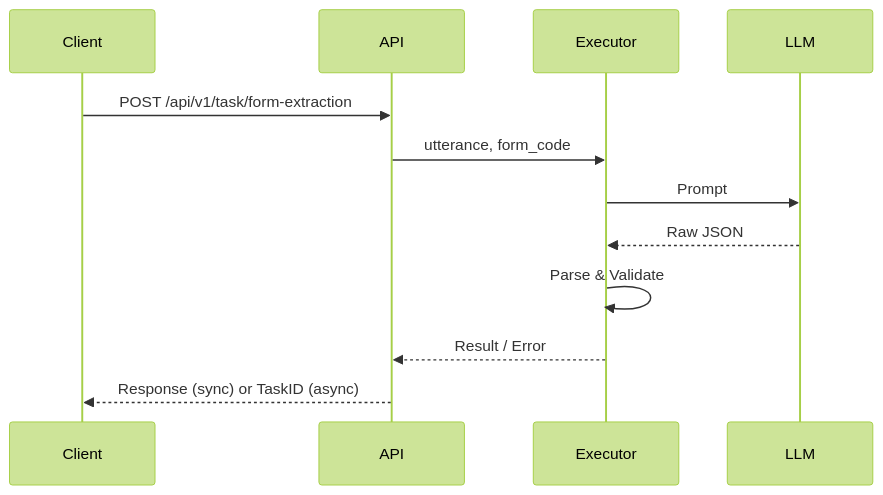
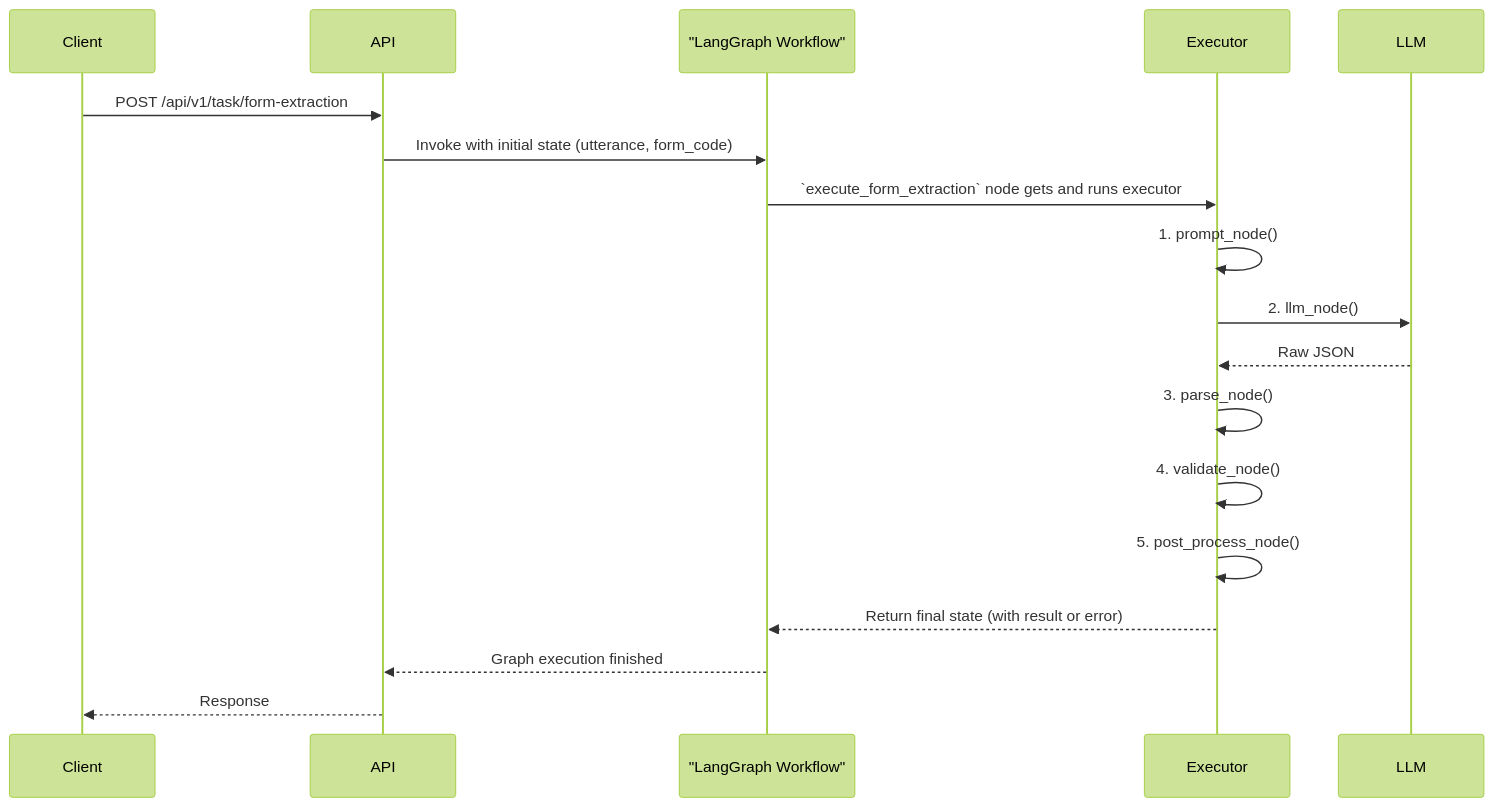
Before and after one commit to Shoko-museme/ykn-agent-chatbot: the diagram in docs/core/form_extraction_overview.md, drawn with Mermaid (forest theme). The commit also changed other lines of this file and 15 other files, not shown here.

Commit message:
feat: new workflow for form extraction

````diff
--- a/docs/core/form_extraction_overview.md
+++ b/docs/core/form_extraction_overview.md
@@ -46,15 +43,25 @@
 ```mermaid
 sequenceDiagram
     participant Client
     participant API
+    participant FormExtractionGraph as "LangGraph Workflow"
     participant Executor
     participant LLM
 
     Client->>API: POST /api/v1/task/form-extraction
-    API->>Executor: utterance, form_code
-    Executor->>LLM: Prompt
+    API->>FormExtractionGraph: Invoke with initial state (utterance, form_code)
+    
+    FormExtractionGraph->>Executor: `execute_form_extraction` node gets and runs executor
+    
+    Executor->>Executor: 1. prompt_node()
+    Executor->>LLM: 2. llm_node()
     LLM-->>Executor: Raw JSON
-    Executor->>Executor: Parse & Validate
-    Executor-->>API: Result / Error
-    API-->>Client: Response (sync) or TaskID (async)
+    Executor->>Executor: 3. parse_node()
+    Executor->>Executor: 4. validate_node()
+    Executor->>Executor: 5. post_process_node()
+
+    Executor-->>FormExtractionGraph: Return final state (with result or error)
+    
+    FormExtractionGraph-->>API: Graph execution finished
+    API-->>Client: Response
 ```
````
